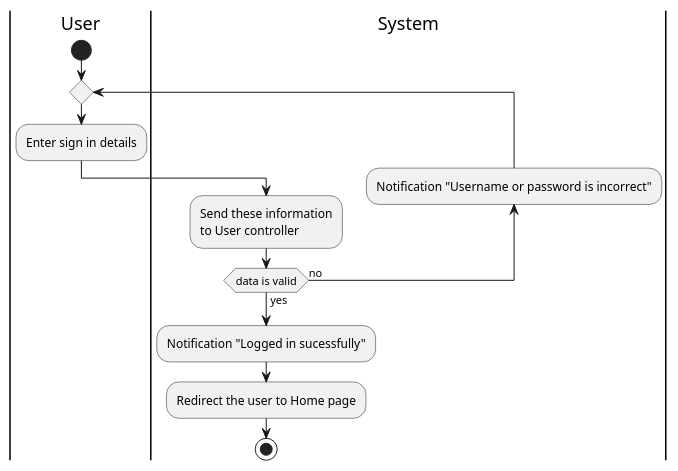
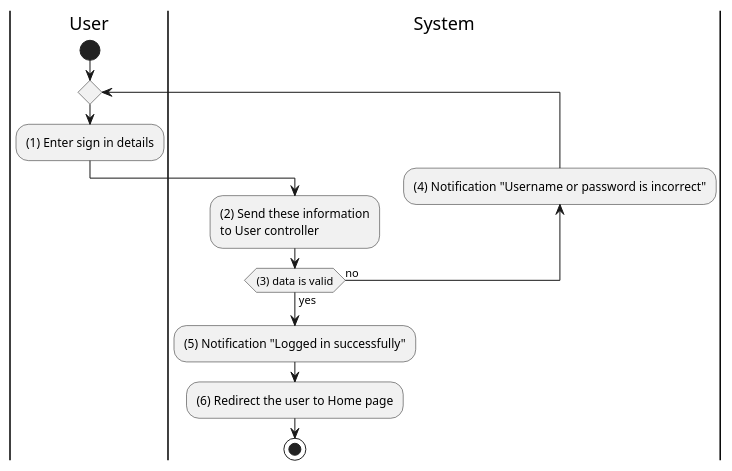
Before and after one commit to doublek2712/SE357-Pratice-class: the diagram in Lab 1.2/puml-code/activity/sign-in.puml, drawn with PlantUML. The commit also changed 3 other files, not shown here.

```diff
--- a/Lab 1.2/puml-code/activity/sign-in.puml
+++ b/Lab 1.2/puml-code/activity/sign-in.puml
@@ -1,14 +1,14 @@
 @startuml
 |User|
 start
 repeat 
-:Enter sign in details;
+:(1) Enter sign in details;
 |System|
-:Send these information 
+:(2) Send these information
 to User controller;
-backward:Notification "Username or password is incorrect";
-repeat while (data is valid) is (no) not (yes)
-:Notification "Logged in sucessfully";
-:Redirect the user to Home page;
+backward:(4) Notification "Username or password is incorrect";
+repeat while ((3) data is valid) is (no) not (yes)
+:(5) Notification "Logged in successfully";
+:(6) Redirect the user to Home page;
 stop
 @enduml
```
